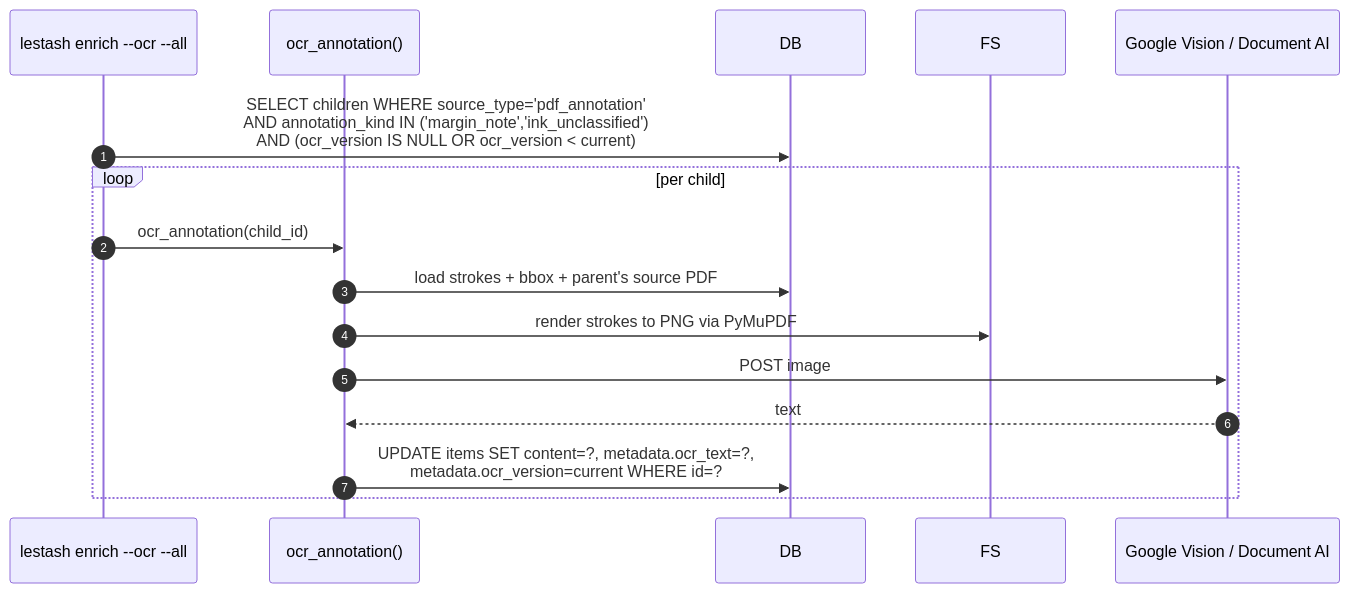
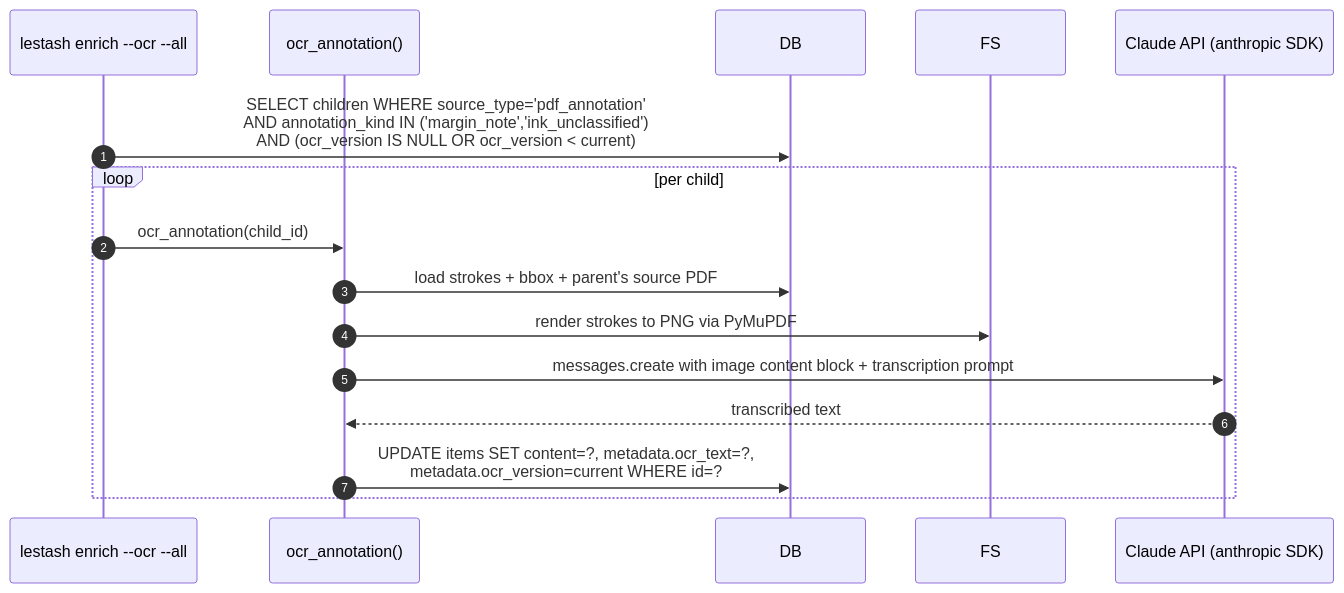
The fifth of 5 diagrams in docs/pdf-enrichment-design.md (thompsonson/lestash), drawn with Mermaid before and after one commit. The commit also changed other lines of this file and 1 other file, not shown here.

````diff
--- a/docs/pdf-enrichment-design.md
+++ b/docs/pdf-enrichment-design.md
@@ -226,19 +263,19 @@
 ```mermaid
 sequenceDiagram
     autonumber
     participant CLI as lestash enrich --ocr --all
     participant OCR as ocr_annotation()
     participant DB
     participant FS
-    participant API as Google Vision / Document AI
+    participant API as Claude API (anthropic SDK)
 
     CLI->>DB: SELECT children WHERE source_type='pdf_annotation'<br/>AND annotation_kind IN ('margin_note','ink_unclassified')<br/>AND (ocr_version IS NULL OR ocr_version < current)
     loop per child
         CLI->>OCR: ocr_annotation(child_id)
         OCR->>DB: load strokes + bbox + parent's source PDF
         OCR->>FS: render strokes to PNG via PyMuPDF
-        OCR->>API: POST image
-        API-->>OCR: text
+        OCR->>API: messages.create with image content block + transcription prompt
+        API-->>OCR: transcribed text
         OCR->>DB: UPDATE items SET content=?, metadata.ocr_text=?,<br/>metadata.ocr_version=current WHERE id=?
     end
 ```
````
